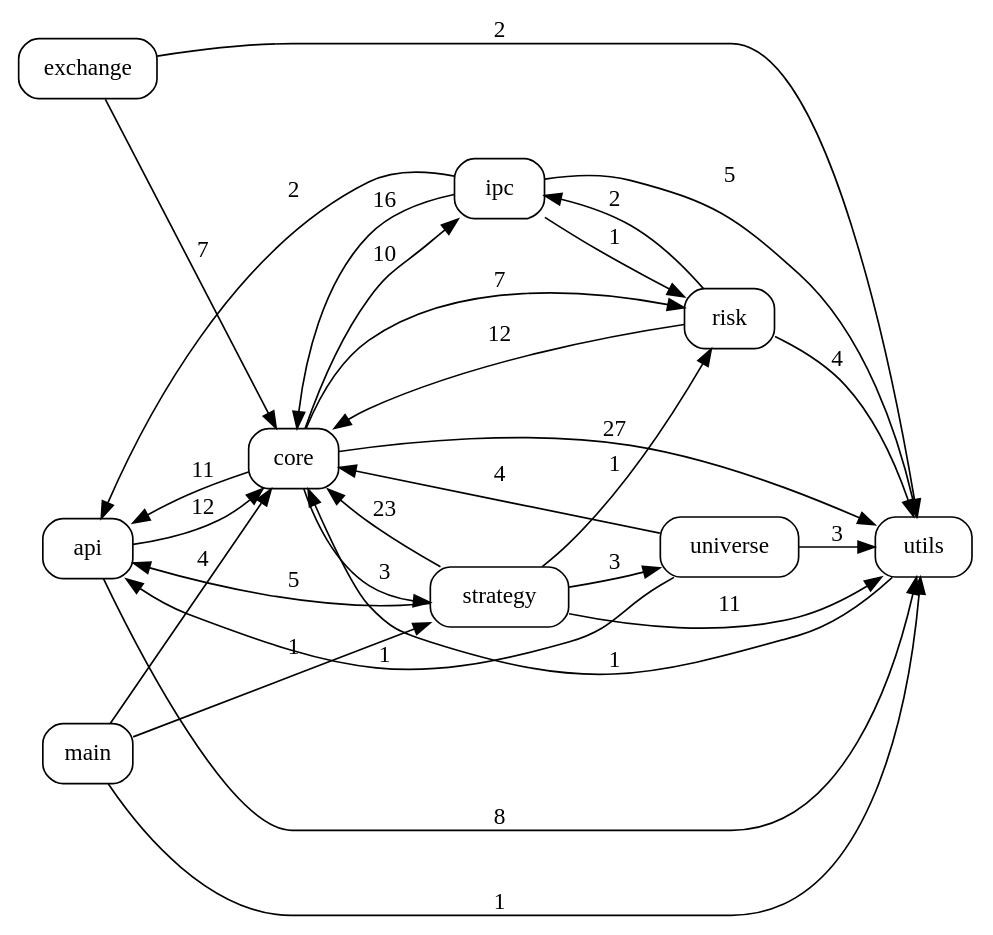
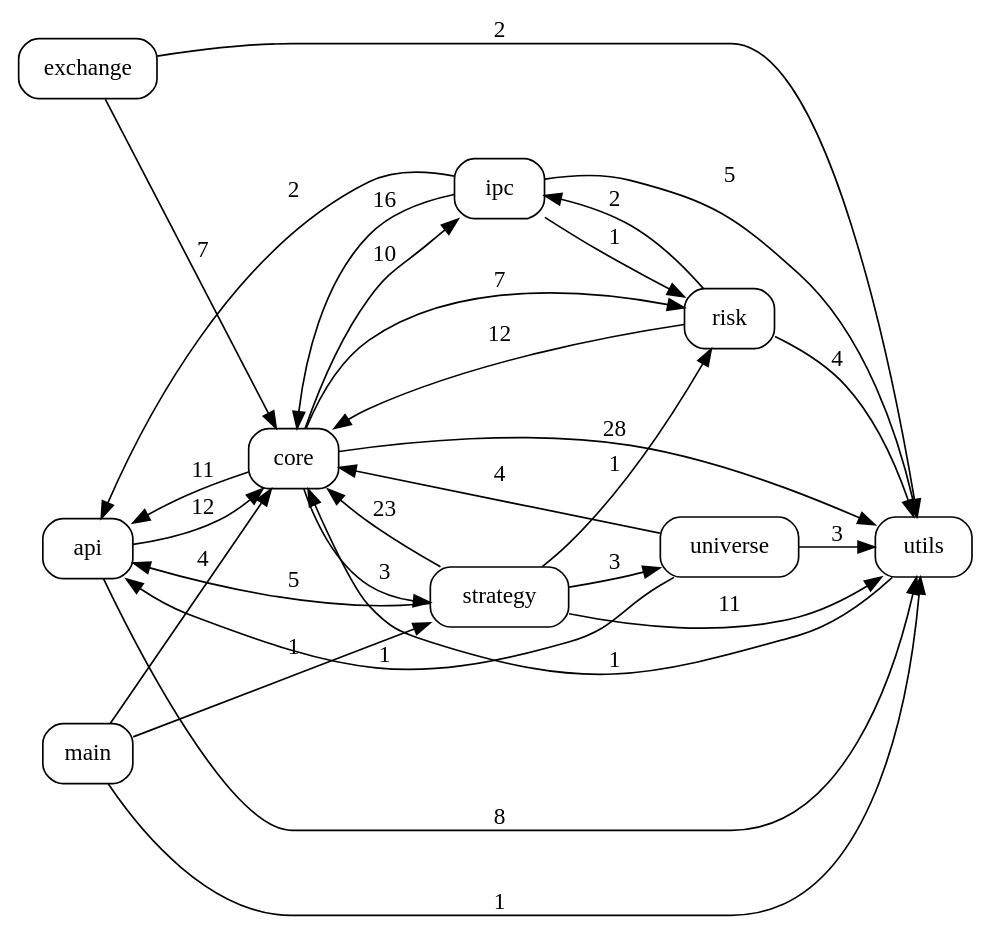
Before and after one commit to pypy8171/Quant: the diagram in docs/code_graph.dot, drawn with Graphviz. The commit also changed 10 other files, not shown here.

```diff
--- a/docs/code_graph.dot
+++ b/docs/code_graph.dot
@@ -1,41 +1,41 @@
 digraph code_graph {
   rankdir=LR;
   node [shape=box, style=rounded, fontname="Consolas"];
   "api";
   "core";
   "exchange";
   "ipc";
   "main";
   "risk";
   "strategy";
   "universe";
   "utils";
   "api" -> "core" [label="12"];
   "api" -> "utils" [label="8"];
   "core" -> "api" [label="11"];
   "core" -> "ipc" [label="10"];
   "core" -> "risk" [label="7"];
   "core" -> "strategy" [label="3"];
-  "core" -> "utils" [label="27"];
+  "core" -> "utils" [label="28"];
   "exchange" -> "core" [label="7"];
   "exchange" -> "utils" [label="2"];
   "ipc" -> "api" [label="2"];
   "ipc" -> "core" [label="16"];
   "ipc" -> "risk" [label="1"];
   "ipc" -> "utils" [label="5"];
   "main" -> "core" [label="4"];
   "main" -> "strategy" [label="1"];
   "main" -> "utils" [label="1"];
   "risk" -> "core" [label="12"];
   "risk" -> "ipc" [label="2"];
   "risk" -> "utils" [label="4"];
   "strategy" -> "api" [label="5"];
   "strategy" -> "core" [label="23"];
   "strategy" -> "risk" [label="1"];
   "strategy" -> "universe" [label="3"];
   "strategy" -> "utils" [label="11"];
   "universe" -> "api" [label="1"];
   "universe" -> "core" [label="4"];
   "universe" -> "utils" [label="3"];
   "utils" -> "core" [label="1"];
 }
```
